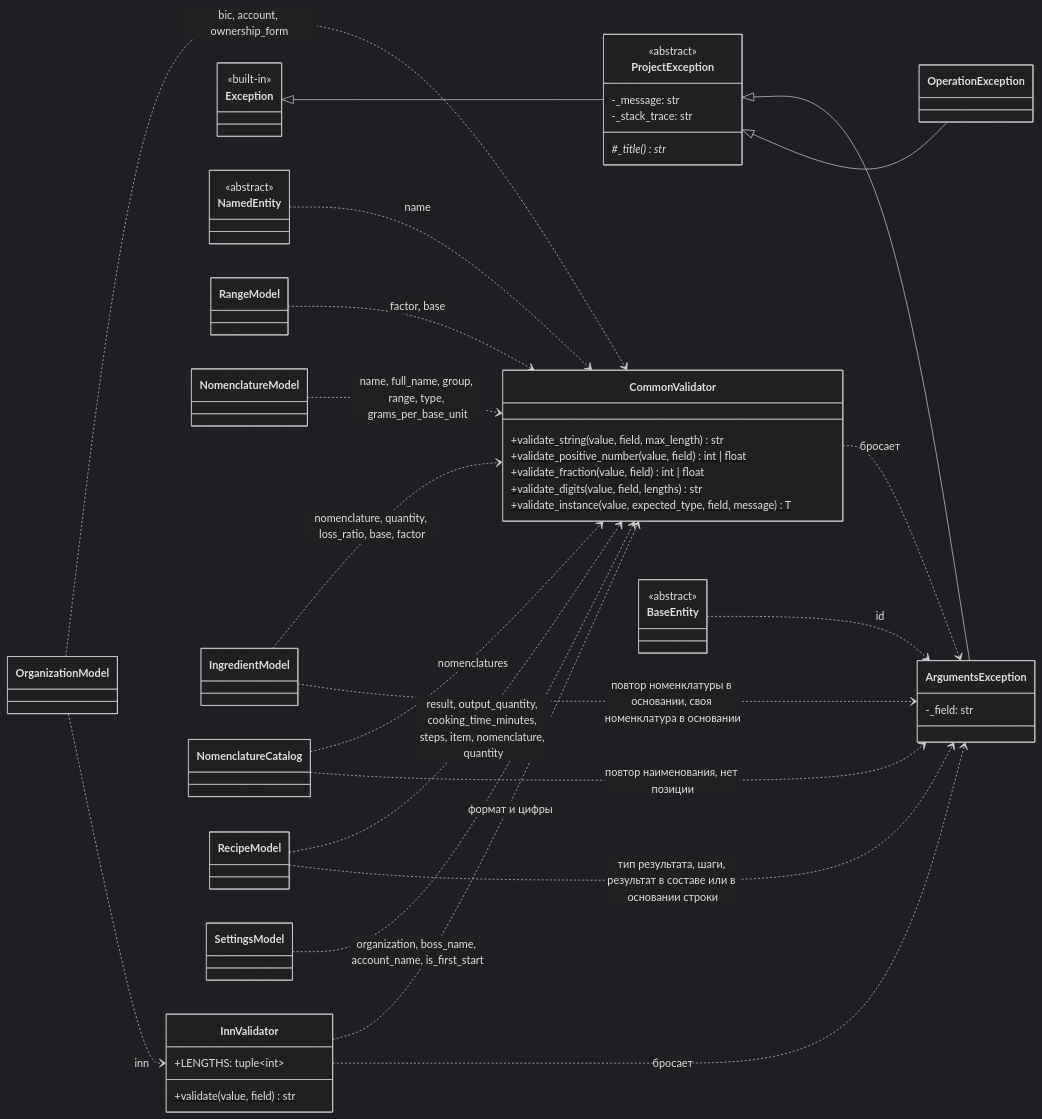
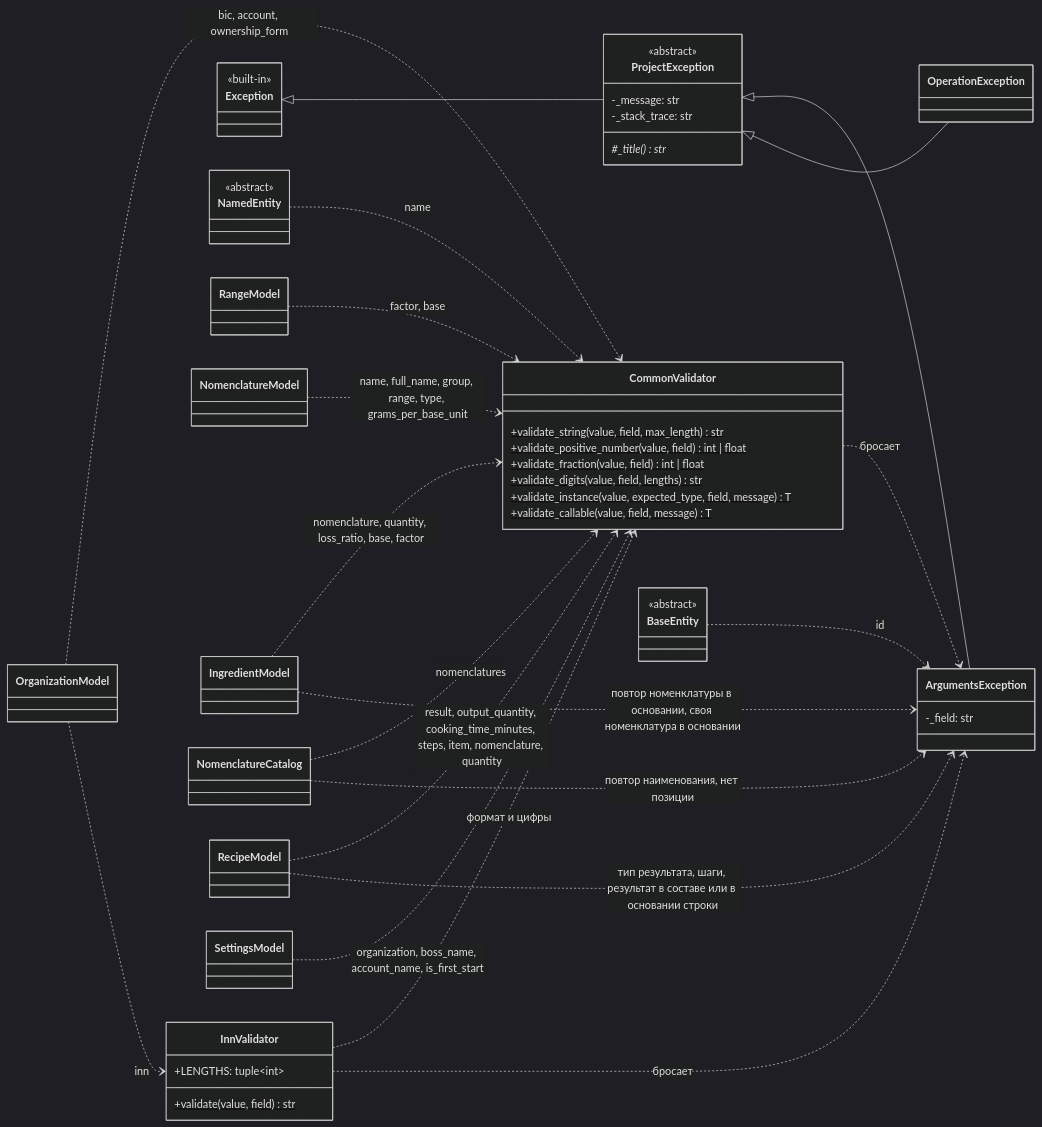
The third of 7 diagrams in Docs/ClassDiagram.md (asutenshi/design-patterns), drawn with Mermaid (dark theme) before and after one commit. The commit also changed other lines of this file and 14 other files, not shown here.

````diff
--- a/Docs/ClassDiagram.md
+++ b/Docs/ClassDiagram.md
@@ -301,70 +301,71 @@
 ```mermaid
 classDiagram
     direction LR
 
     class CommonValidator {
         +validate_string(value, field, max_length)$ str
         +validate_positive_number(value, field)$ int | float
         +validate_fraction(value, field)$ int | float
         +validate_digits(value, field, lengths)$ str
         +validate_instance(value, expected_type, field, message)$ T
+        +validate_callable(value, field, message)$ T
     }
 
     class InnValidator {
         +LENGTHS: tuple~int~
         +validate(value, field)$ str
     }
 
     class ProjectException {
         <<abstract>>
         -_message: str
         -_stack_trace: str
         #_title()* str
     }
 
     class ArgumentsException {
         -_field: str
     }
 
     class OperationException
 
     class Exception {
         <<built-in>>
     }
 
     class NamedEntity {
         <<abstract>>
     }
 
     class BaseEntity {
         <<abstract>>
     }
 
     class RangeModel
     class NomenclatureModel
     class IngredientModel
     class NomenclatureCatalog
     class RecipeModel
     class OrganizationModel
     class SettingsModel
 
     Exception <|-- ProjectException
     ProjectException <|-- ArgumentsException
     ProjectException <|-- OperationException
     InnValidator ..> CommonValidator : формат и цифры
     CommonValidator ..> ArgumentsException : бросает
     InnValidator ..> ArgumentsException : бросает
     BaseEntity ..> ArgumentsException : id
     NamedEntity ..> CommonValidator : name
     RangeModel ..> CommonValidator : factor, base
     NomenclatureModel ..> CommonValidator : name, full_name, group, range, type, grams_per_base_unit
     IngredientModel ..> CommonValidator : nomenclature, quantity, loss_ratio, base, factor
     IngredientModel ..> ArgumentsException : повтор номенклатуры в основании, своя номенклатура в основании
     NomenclatureCatalog ..> CommonValidator : nomenclatures
     NomenclatureCatalog ..> ArgumentsException : повтор наименования, нет позиции
     RecipeModel ..> CommonValidator : result, output_quantity, cooking_time_minutes, steps, item, nomenclature, quantity
     RecipeModel ..> ArgumentsException : тип результата, шаги, результат в составе или в основании строки
     OrganizationModel ..> CommonValidator : bic, account, ownership_form
     OrganizationModel ..> InnValidator : inn
     SettingsModel ..> CommonValidator : organization, boss_name, account_name, is_first_start
 ```
````
